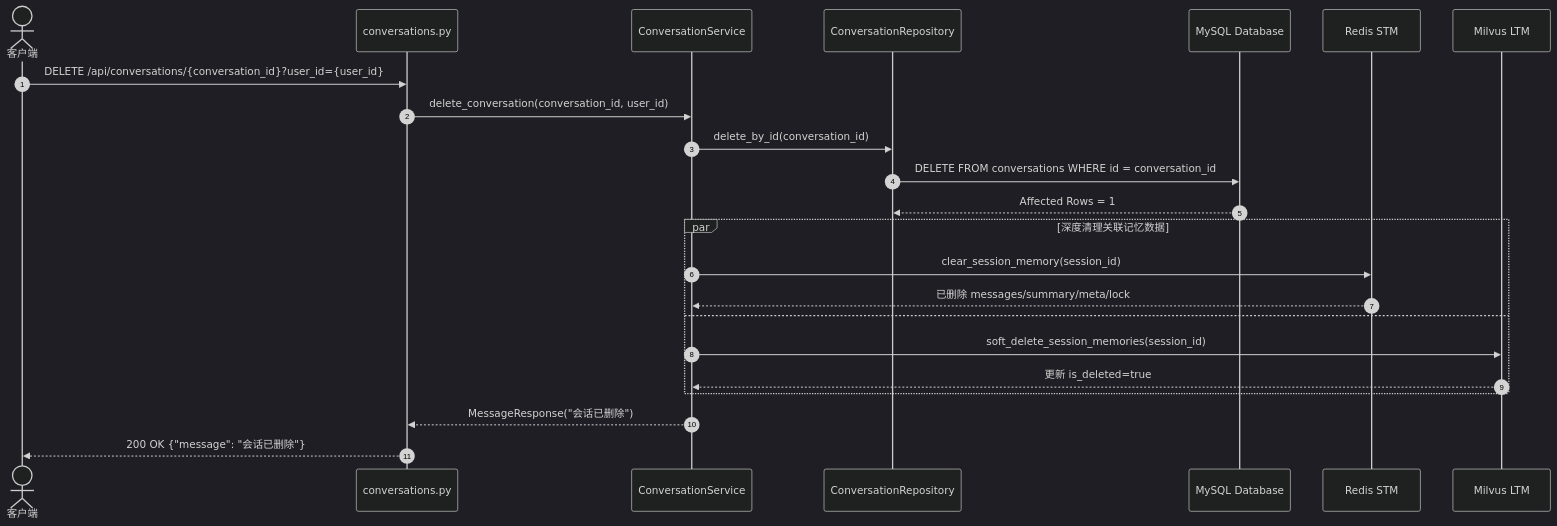
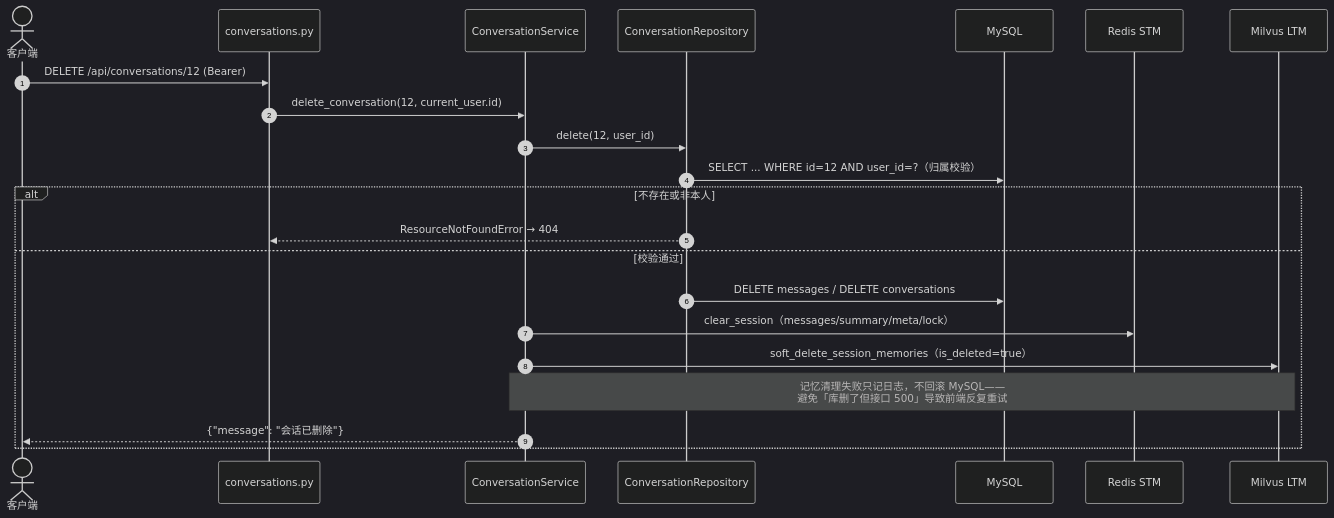
The third of 5 diagrams in docs/modules/02-API接口.md (bitladykiller/-), drawn with Mermaid (dark theme) before and after one commit. The commit also changed other lines of this file and 5 other files, not shown here.

First line of the commit message:
docs: 模块文档教学化改造，新增写扩散/读扩散主章与七张流程图

````diff
--- a/docs/modules/02-API接口.md
+++ b/docs/modules/02-API接口.md
@@ -200,28 +289,25 @@
 ```mermaid
 sequenceDiagram
     autonumber
     actor Client as 客户端
     participant API as conversations.py
     participant Service as ConversationService
     participant Repo as ConversationRepository
-    participant MySQL as MySQL Database
+    participant MySQL as MySQL
     participant STM as Redis STM
     participant LTM as Milvus LTM
 
-    Client->>API: DELETE /api/conversations/{conversation_id}?user_id={user_id}
-    API->>Service: delete_conversation(conversation_id, user_id)
-    Service->>Repo: delete_by_id(conversation_id)
-    Repo->>MySQL: DELETE FROM conversations WHERE id = conversation_id
-    MySQL-->>Repo: Affected Rows = 1
-    
-    par 深度清理关联记忆数据
-        Service->>STM: clear_session_memory(session_id)
-        STM-->>Service: 已删除 messages/summary/meta/lock
-    and
-        Service->>LTM: soft_delete_session_memories(session_id)
-        LTM-->>Service: 更新 is_deleted=true
+    Client->>API: DELETE /api/conversations/12 (Bearer)
+    API->>Service: delete_conversation(12, current_user.id)
+    Service->>Repo: delete(12, user_id)
+    Repo->>MySQL: SELECT ... WHERE id=12 AND user_id=?（归属校验）
+    alt 不存在或非本人
+        Repo-->>API: ResourceNotFoundError → 404
+    else 校验通过
+        Repo->>MySQL: DELETE messages / DELETE conversations
+        Service->>STM: clear_session（messages/summary/meta/lock）
+        Service->>LTM: soft_delete_session_memories（is_deleted=true）
+        Note over Service,LTM: 记忆清理失败只记日志，不回滚 MySQL——<br/>避免「库删了但接口 500」导致前端反复重试
+        Service-->>Client: {"message": "会话已删除"}
     end
-    
-    Service-->>API: MessageResponse("会话已删除")
-    API-->>Client: 200 OK {"message": "会话已删除"}
 ```
````
